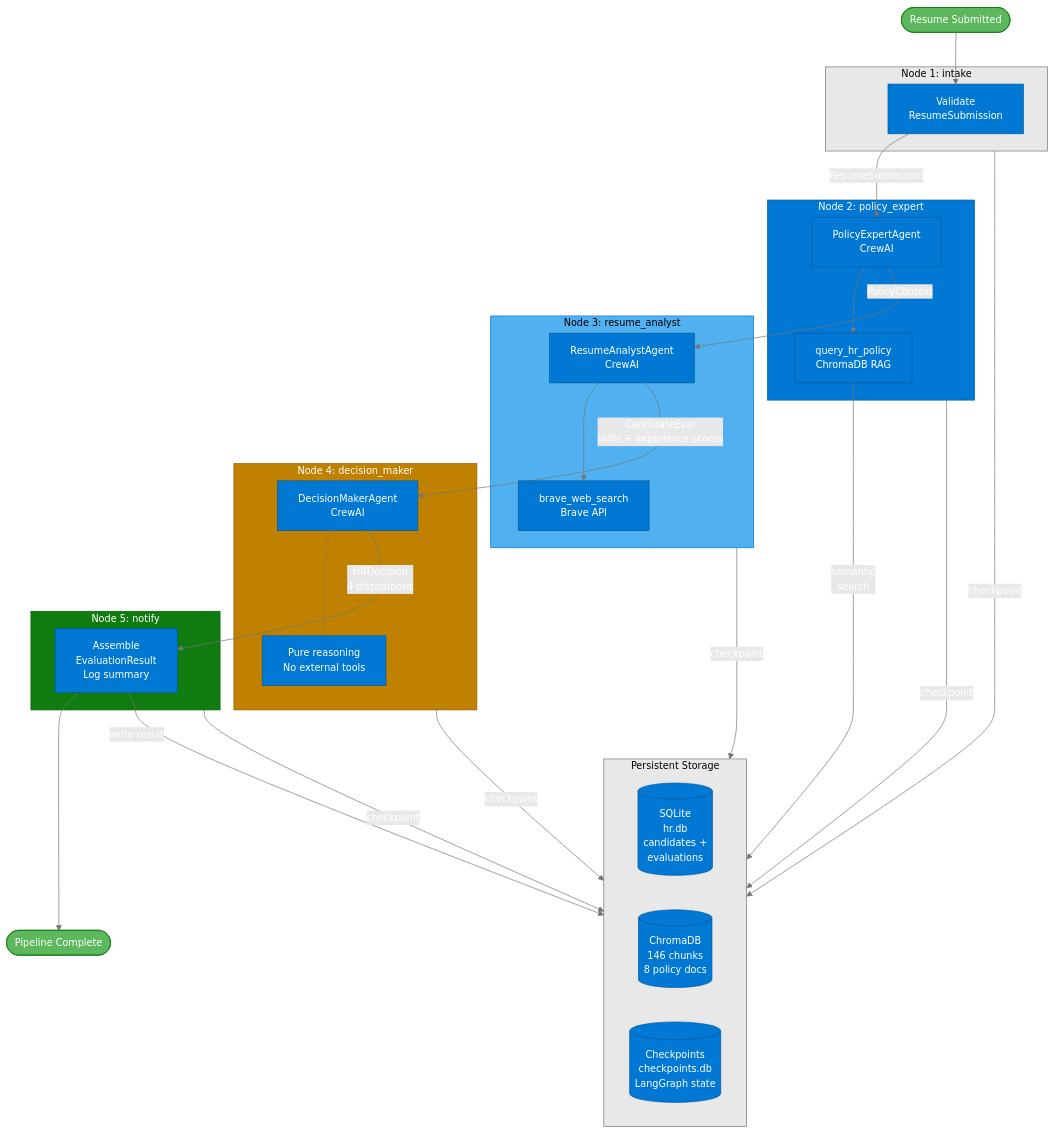
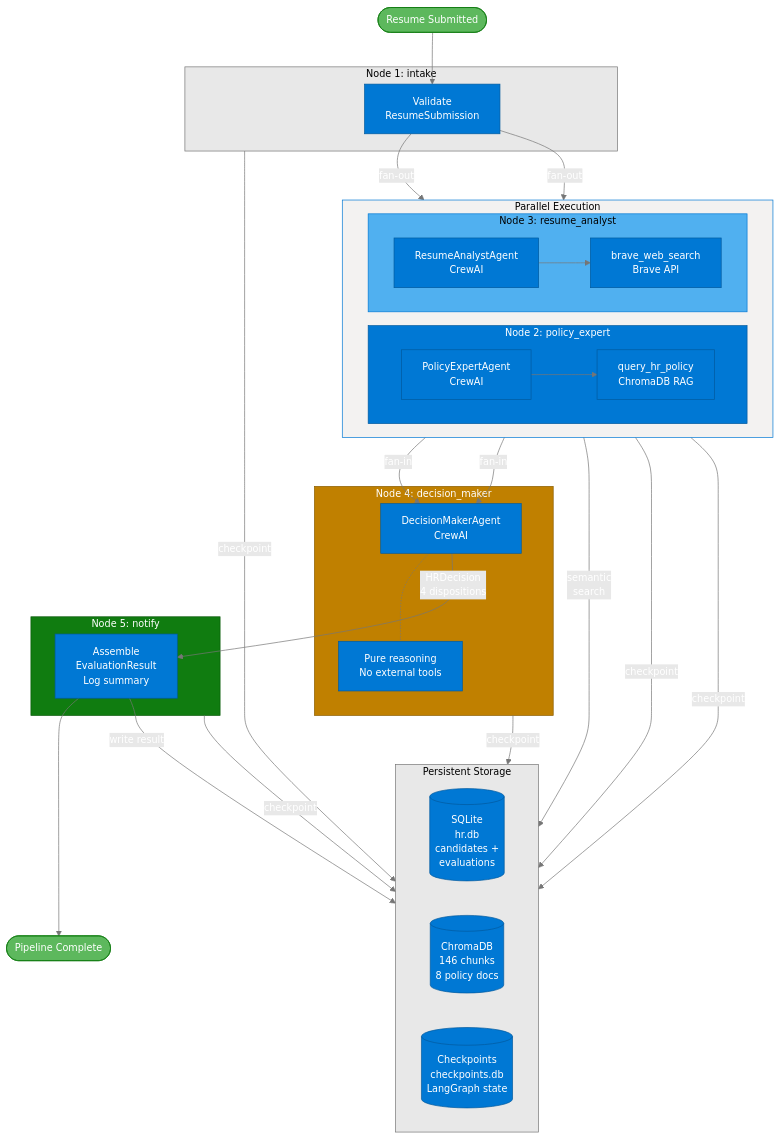
The second of 2 diagrams in README.md (pythontime/agents2), drawn with Mermaid before and after one commit. The commit also changed other lines of this file and 141 other files, not shown here.

````diff
--- a/README.md
+++ b/README.md
@@ -155,62 +161,70 @@
 ```mermaid
 %%{init: {'theme': 'base', 'themeVariables': {'primaryColor': '#0078D4', 'primaryTextColor': '#FFFFFF', 'primaryBorderColor': '#005A9E', 'secondaryColor': '#E8E8E8', 'tertiaryColor': '#50B0F0', 'lineColor': '#767676', 'fontFamily': 'Segoe UI, sans-serif', 'fontSize': '14px'}}}%%
 flowchart TD
     Start([Resume Submitted]) --> Intake
 
     subgraph Node1["Node 1: intake"]
         Intake["Validate\nResumeSubmission"]
     end
 
-    subgraph Node2["Node 2: policy_expert"]
-        PE_Agent["PolicyExpertAgent\nCrewAI"]
-        PE_Tool["query_hr_policy\nChromaDB RAG"]
-        PE_Agent --> PE_Tool
+    Intake -- "fan-out" --> PE_Agent
+    Intake -- "fan-out" --> RA_Agent
+
+    subgraph Parallel["Parallel Execution"]
+        direction LR
+
+        subgraph Node2["Node 2: policy_expert"]
+            PE_Agent["PolicyExpertAgent\nCrewAI"]
+            PE_Tool["query_hr_policy\nChromaDB RAG"]
+            PE_Agent --> PE_Tool
+        end
+
+        subgraph Node3["Node 3: resume_analyst"]
+            RA_Agent["ResumeAnalystAgent\nCrewAI"]
+            RA_Tool["brave_web_search\nBrave API"]
+            RA_Agent --> RA_Tool
+        end
     end
 
-    subgraph Node3["Node 3: resume_analyst"]
-        RA_Agent["ResumeAnalystAgent\nCrewAI"]
-        RA_Tool["brave_web_search\nBrave API"]
-        RA_Agent --> RA_Tool
-    end
+    PE_Agent -- "fan-in" --> DM_Agent
+    RA_Agent -- "fan-in" --> DM_Agent
 
     subgraph Node4["Node 4: decision_maker"]
         DM_Agent["DecisionMakerAgent\nCrewAI"]
         DM_Note["Pure reasoning\nNo external tools"]
         DM_Agent -.- DM_Note
     end
 
     subgraph Node5["Node 5: notify"]
         Notify["Assemble\nEvaluationResult\nLog summary"]
     end
 
-    Intake -- "ResumeSubmission" --> PE_Agent
-    PE_Agent -- "PolicyContext" --> RA_Agent
-    RA_Agent -- "CandidateEval\nskills + experience scores" --> DM_Agent
     DM_Agent -- "HRDecision\n4 dispositions" --> Notify
 
     Notify --> Done([Pipeline Complete])
 
     subgraph DataStores["Persistent Storage"]
         direction LR
         DB[("SQLite\nhr.db\ncandidates +\nevaluations")]
         VDB[("ChromaDB\n146 chunks\n8 policy docs")]
         CP[("Checkpoints\ncheckpoints.db\nLangGraph state")]
     end
 
     Notify -- "write result" --> DB
     PE_Tool -- "semantic\nsearch" --> VDB
     Node1 -- "checkpoint" --> CP
     Node2 -- "checkpoint" --> CP
     Node3 -- "checkpoint" --> CP
     Node4 -- "checkpoint" --> CP
     Node5 -- "checkpoint" --> CP
 
     style Node1 fill:#E8E8E8,stroke:#767676,color:#000000
+    style Parallel fill:#F3F2F1,stroke:#0078D4,color:#000000
     style Node2 fill:#0078D4,stroke:#005A9E,color:#FFFFFF
     style Node3 fill:#50B0F0,stroke:#0078D4,color:#000000
     style Node4 fill:#C08000,stroke:#8B5E00,color:#FFFFFF
     style Node5 fill:#107C10,stroke:#0B5A0B,color:#FFFFFF
     style DataStores fill:#E8E8E8,stroke:#767676,color:#000000
     style Start fill:#5DB85D,stroke:#107C10,color:#FFFFFF
     style Done fill:#5DB85D,stroke:#107C10,color:#FFFFFF
 ```
````
